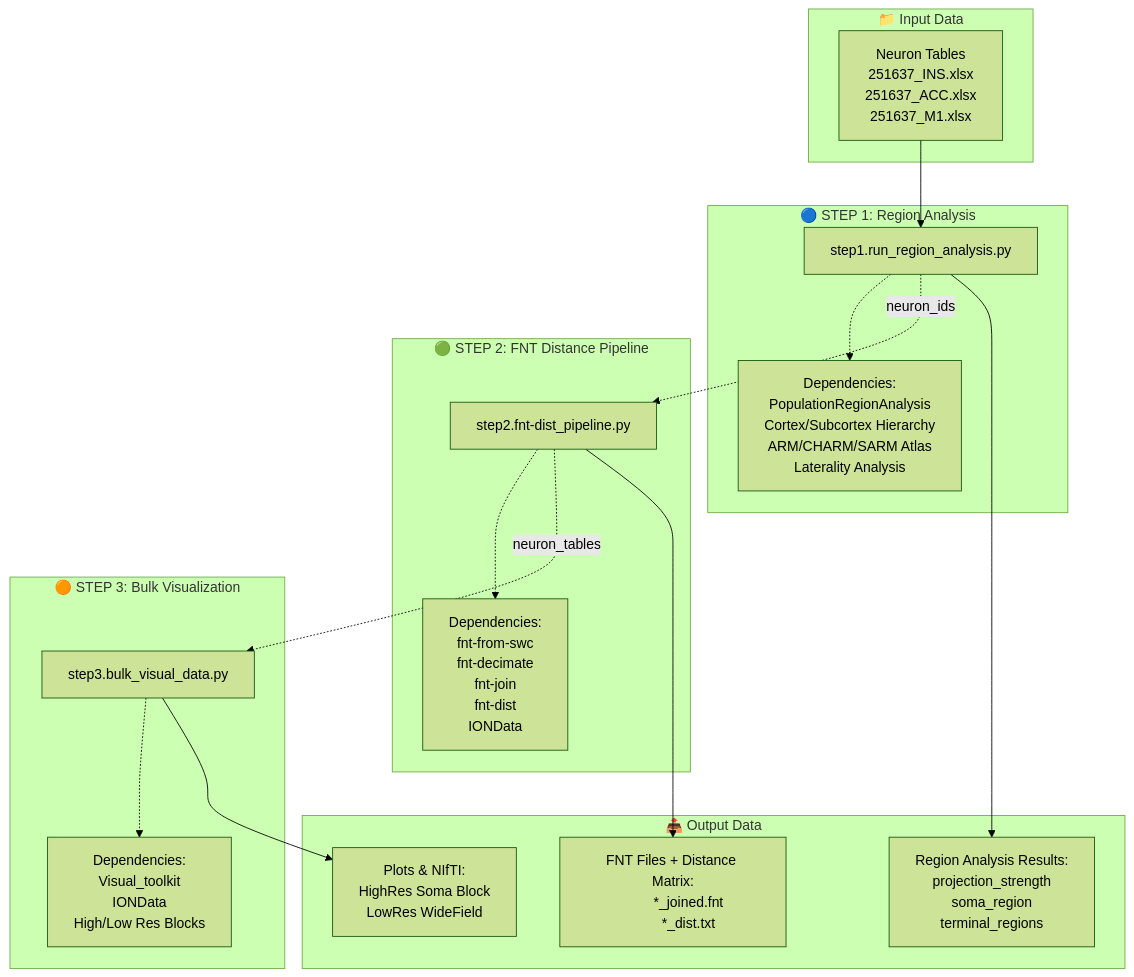
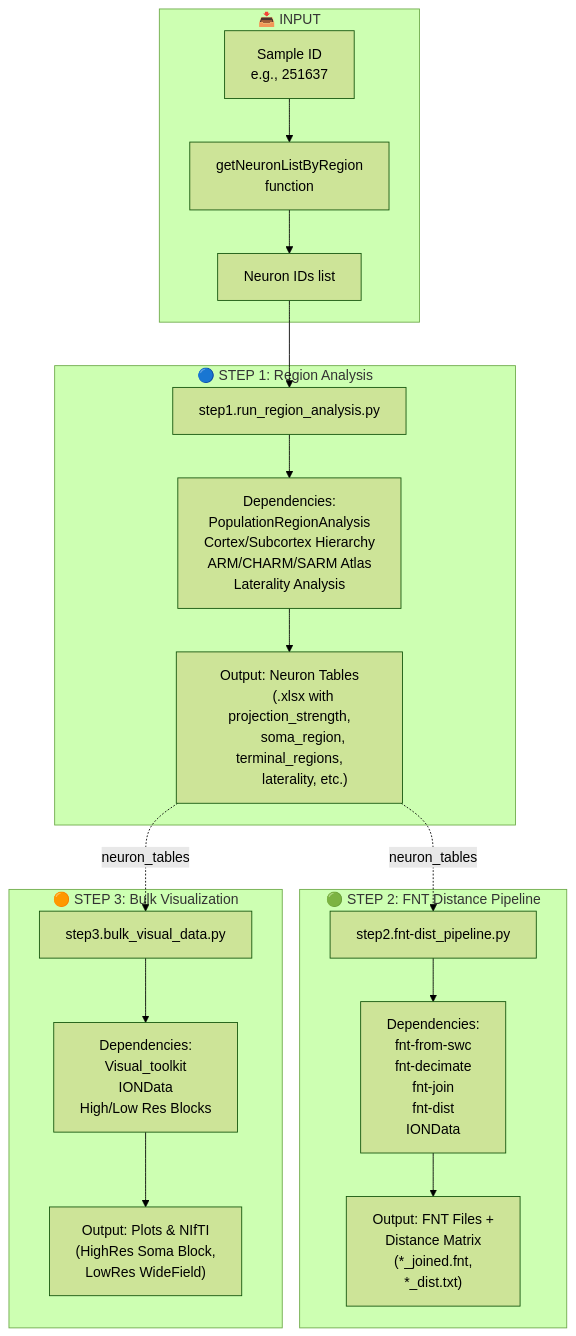
Before and after one commit to InteroAnat/projectome_analysis: the first of 5 diagrams in main_scripts/PIPELINE_MINDMAP.md, drawn with Mermaid (forest theme). The commit also changed other lines of this file, not shown here.

First line of the commit message:
Fix pipeline mindmap - correct data flow direction

````diff
--- a/main_scripts/PIPELINE_MINDMAP.md
+++ b/main_scripts/PIPELINE_MINDMAP.md
@@ -48,61 +48,60 @@
 ```mermaid
 flowchart TB
-    subgraph Input["📁 Input Data"]
-        NT[Neuron Tables<br/>251637_INS.xlsx<br/>251637_ACC.xlsx<br/>251637_M1.xlsx]
+    subgraph Input["📥 INPUT"]
+        SID[Sample ID<br/>e.g., 251637]
+        GL[getNeuronListByRegion<br/>function]
+        NIDS[Neuron IDs list]
     end
 
     subgraph Step1["🔵 STEP 1: Region Analysis"]
         S1[step1.run_region_analysis.py]
         S1_deps[Dependencies:
         PopulationRegionAnalysis
         Cortex/Subcortex Hierarchy
         ARM/CHARM/SARM Atlas
         Laterality Analysis]
+        S1_out["Output: Neuron Tables
+        (.xlsx with projection_strength,
+        soma_region, terminal_regions,
+        laterality, etc.)"]
     end
 
     subgraph Step2["🟢 STEP 2: FNT Distance Pipeline"]
         S2[step2.fnt-dist_pipeline.py]
         S2_deps[Dependencies:
         fnt-from-swc
         fnt-decimate
         fnt-join
         fnt-dist
         IONData]
+        S2_out["Output: FNT Files +
+        Distance Matrix
+        (*_joined.fnt,
+        *_dist.txt)"]
     end
 
     subgraph Step3["🟠 STEP 3: Bulk Visualization"]
         S3[step3.bulk_visual_data.py]
         S3_deps[Dependencies:
         Visual_toolkit
         IONData
         High/Low Res Blocks]
+        S3_out["Output: Plots & NIfTI
+        (HighRes Soma Block,
+        LowRes WideField)"]
     end
 
-    subgraph Output["📤 Output Data"]
-        O1[Region Analysis Results:
-        projection_strength
-        soma_region
-        terminal_regions]
-        
-        O2[FNT Files + Distance Matrix:
-        *_joined.fnt
-        *_dist.txt]
-        
-        O3[Plots & NIfTI:
-        HighRes Soma Block
-        LowRes WideField]
-    end
-
-    NT --> S1
-    S1 --> O1
+    SID --> GL
+    GL --> NIDS
+    NIDS --> S1
+    S1 --> S1_deps
+    S1_deps --> S1_out
     
-    S1 -.->|neuron_ids| S2
-    S2 --> O2
+    S1_out -.->|neuron_tables| S2
+    S2 --> S2_deps
+    S2_deps --> S2_out
     
-    S2 -.->|neuron_tables| S3
-    S3 --> O3
-    
-    S1 -.-> S1_deps
-    S2 -.-> S2_deps
-    S3 -.-> S3_deps
+    S1_out -.->|neuron_tables| S3
+    S3 --> S3_deps
+    S3_deps --> S3_out
 ```
````
